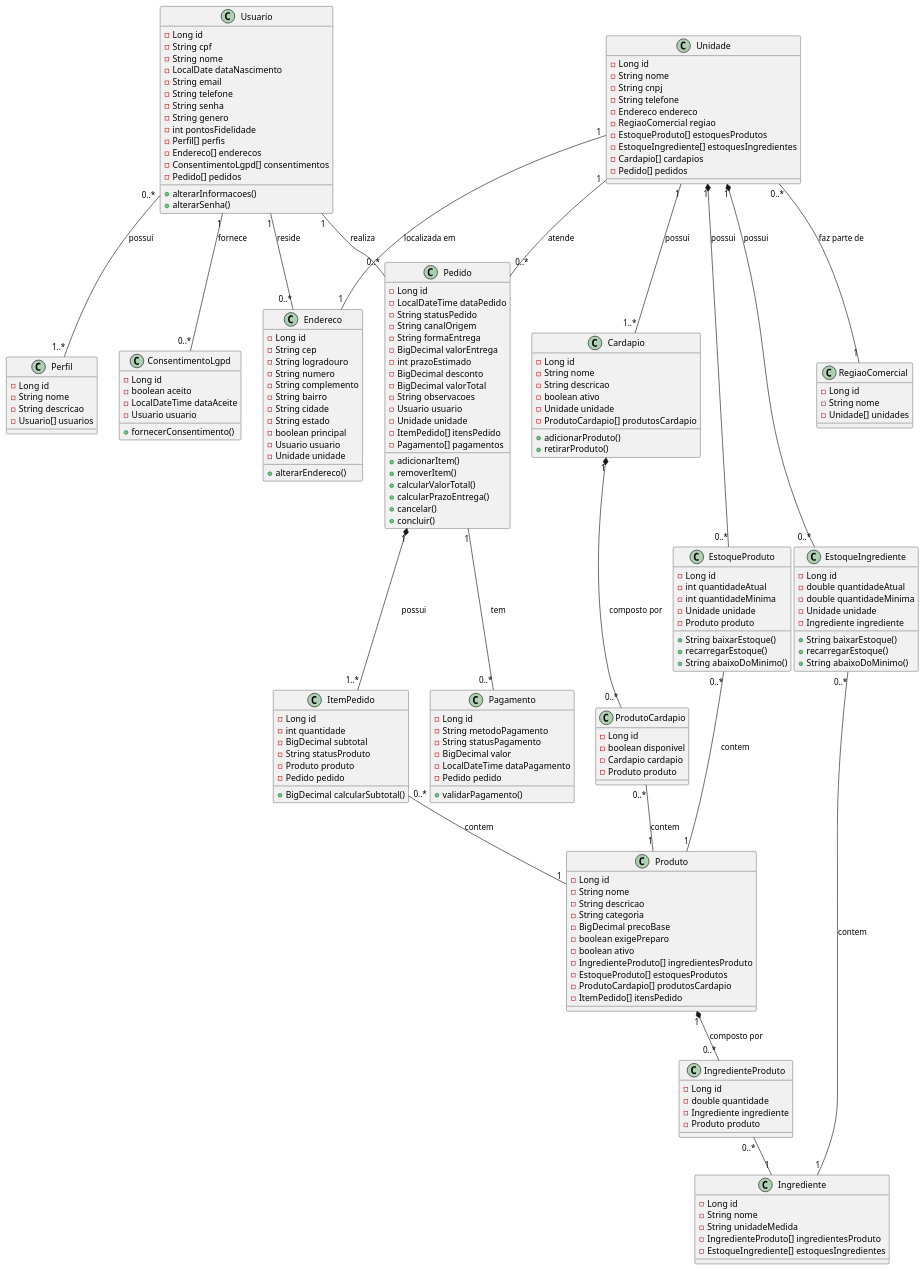
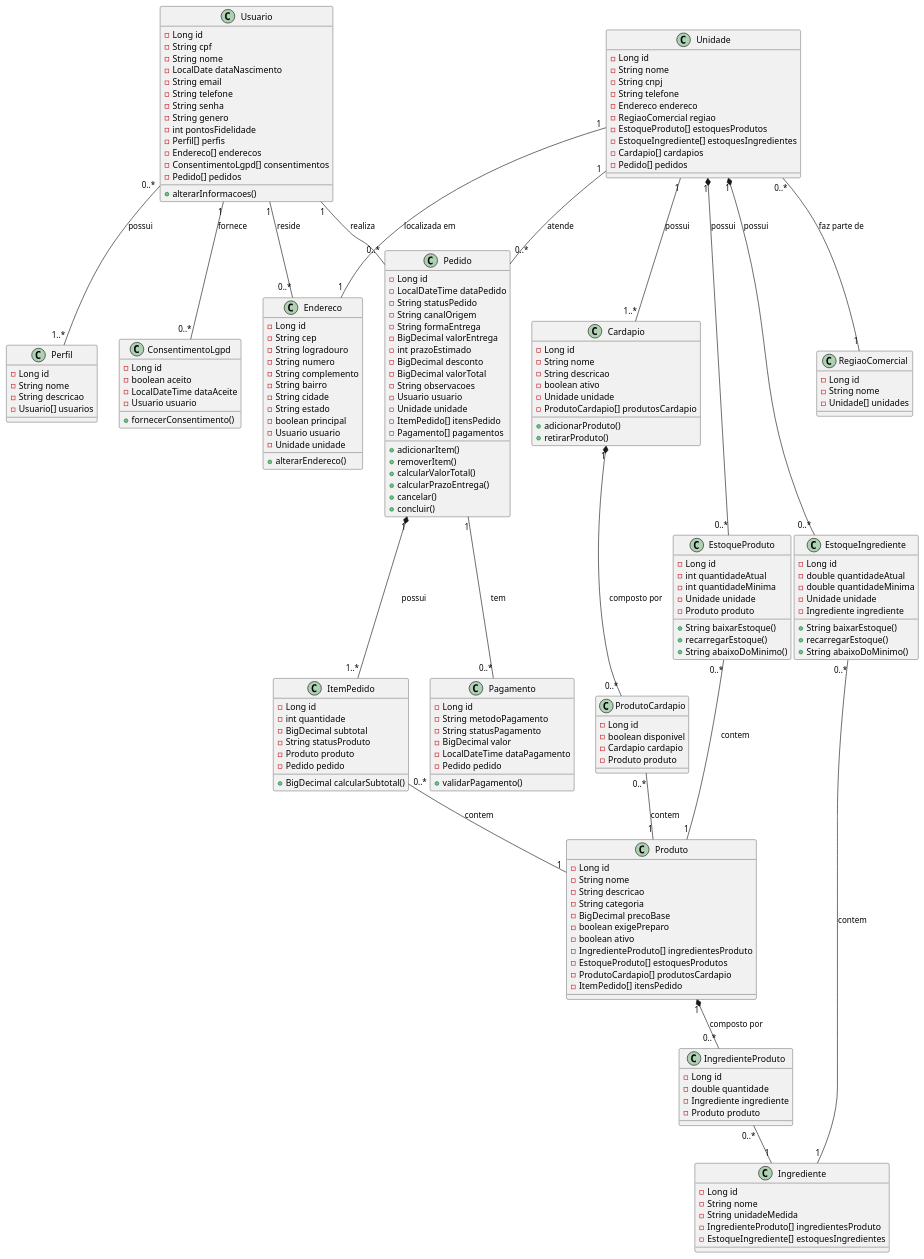
The diagram in api/docs/diagramas/diagrama_de_classes.plantuml (tarcisiordossantos/raizes-do-nordeste), drawn with PlantUML before and after one commit. The commit also changed 9 other files, not shown here.

```diff
--- a/api/docs/diagramas/diagrama_de_classes.plantuml
+++ b/api/docs/diagramas/diagrama_de_classes.plantuml
@@ -1,195 +1,194 @@
 @startuml RaizesDoNordeste
     class Usuario{
         -Long id
         -String cpf
         -String nome
         -LocalDate dataNascimento
         -String email
         -String telefone
         -String senha
         -String genero
         -int pontosFidelidade
         -Perfil[] perfis
         -Endereco[] enderecos
         -ConsentimentoLgpd[] consentimentos
         -Pedido[] pedidos
 
         +alterarInformacoes()
-        +alterarSenha()
     }
     class Perfil{
         -Long id
         -String nome
         -String descricao
         -Usuario[] usuarios
     }
     class Pedido{
         -Long id
         -LocalDateTime dataPedido
         -String statusPedido
         -String canalOrigem
         -String formaEntrega
         -BigDecimal valorEntrega
         -int prazoEstimado
         -BigDecimal desconto
         -BigDecimal valorTotal
         -String observacoes
         -Usuario usuario
         -Unidade unidade
         -ItemPedido[] itensPedido
         -Pagamento[] pagamentos
 
         +adicionarItem()
         +removerItem()
         +calcularValorTotal()
         +calcularPrazoEntrega()
         +cancelar()
         +concluir()
     }
     class Pagamento{
         -Long id
         -String metodoPagamento
         -String statusPagamento
         -BigDecimal valor
         -LocalDateTime dataPagamento
         -Pedido pedido
 
         +validarPagamento()
     }
     class ItemPedido{
         -Long id
         -int quantidade
         -BigDecimal subtotal
         -String statusProduto
         -Produto produto
         -Pedido pedido
 
         +BigDecimal calcularSubtotal()
     }
     class Produto{
         -Long id 
         -String nome
         -String descricao
         -String categoria
         -BigDecimal precoBase
         -boolean exigePreparo
         -boolean ativo
         -IngredienteProduto[] ingredientesProduto
         -EstoqueProduto[] estoquesProdutos
         -ProdutoCardapio[] produtosCardapio
         -ItemPedido[] itensPedido
 
     }
     class IngredienteProduto{
         -Long id
         -double quantidade
         -Ingrediente ingrediente
         -Produto produto
     }
     class Ingrediente{
         -Long id
         -String nome
         -String unidadeMedida
         -IngredienteProduto[] ingredientesProduto
         -EstoqueIngrediente[] estoquesIngredientes
     }
     class Unidade{
         -Long id
         -String nome
         -String cnpj
         -String telefone
         -Endereco endereco
         -RegiaoComercial regiao
         -EstoqueProduto[] estoquesProdutos
         -EstoqueIngrediente[] estoquesIngredientes
         -Cardapio[] cardapios
         -Pedido[] pedidos
     }
     class EstoqueProduto{
         -Long id
         -int quantidadeAtual
         -int quantidadeMinima
         -Unidade unidade
         -Produto produto
 
         +String baixarEstoque()
         +recarregarEstoque()
         +String abaixoDoMinimo()
     }
     class EstoqueIngrediente{
         -Long id
         -double quantidadeAtual
         -double quantidadeMinima
         -Unidade unidade
         -Ingrediente ingrediente
 
         +String baixarEstoque()
         +recarregarEstoque()
         +String abaixoDoMinimo()
     }
     class Cardapio{
         -Long id
         -String nome
         -String descricao
         -boolean ativo
         -Unidade unidade
         -ProdutoCardapio[] produtosCardapio
 
         +adicionarProduto()
         +retirarProduto()
     }
     class ProdutoCardapio{
         -Long id
         -boolean disponivel
         -Cardapio cardapio
         -Produto produto
     }
     class ConsentimentoLgpd{
         -Long id
         -boolean aceito
         -LocalDateTime dataAceite
         -Usuario usuario
         
         +fornecerConsentimento()
     }
     class Endereco{
         -Long id
         -String cep
         -String logradouro
         -String numero
         -String complemento
         -String bairro
         -String cidade
         -String estado
         -boolean principal
         -Usuario usuario
         -Unidade unidade
 
         +alterarEndereco()
     }
     class RegiaoComercial{
         -Long id
         -String nome
         -Unidade[] unidades
     }
 
     Usuario "0..*" -- "1..*" Perfil : possui
     Usuario "1" -- "0..*" ConsentimentoLgpd : fornece
     Usuario "1" -- "0..*" Endereco : reside
     Usuario "1" -- "0..*" Pedido : realiza
     Unidade "1" -- "0..*" Pedido : atende
     Unidade "1" *-- "0..*" EstoqueProduto : possui
     Unidade "1" *-- "0..*" EstoqueIngrediente : possui
     EstoqueProduto "0..*" -- "1" Produto : contem
     EstoqueIngrediente "0..*" -- "1" Ingrediente : contem
     Pedido "1" *-- "1..*" ItemPedido : possui
     Pedido "1" -- "0..*" Pagamento : tem
     ItemPedido "0..*" -- "1" Produto : contem
     Produto "1" *-- "0..*" IngredienteProduto : composto por
     IngredienteProduto "0..*" -- "1" Ingrediente
     Unidade "0..*" -- "1" RegiaoComercial : faz parte de
     Unidade "1" -- "1" Endereco : localizada em
     Unidade "1" -- "1..*" Cardapio : possui
     Cardapio "1" *-- "0..*" ProdutoCardapio :  composto por
     ProdutoCardapio "0..*" -- "1" Produto : contem
 @enduml
```
